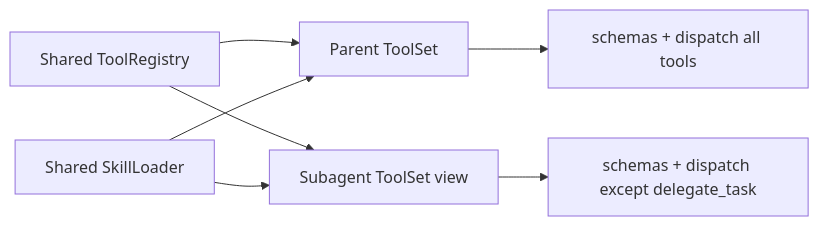
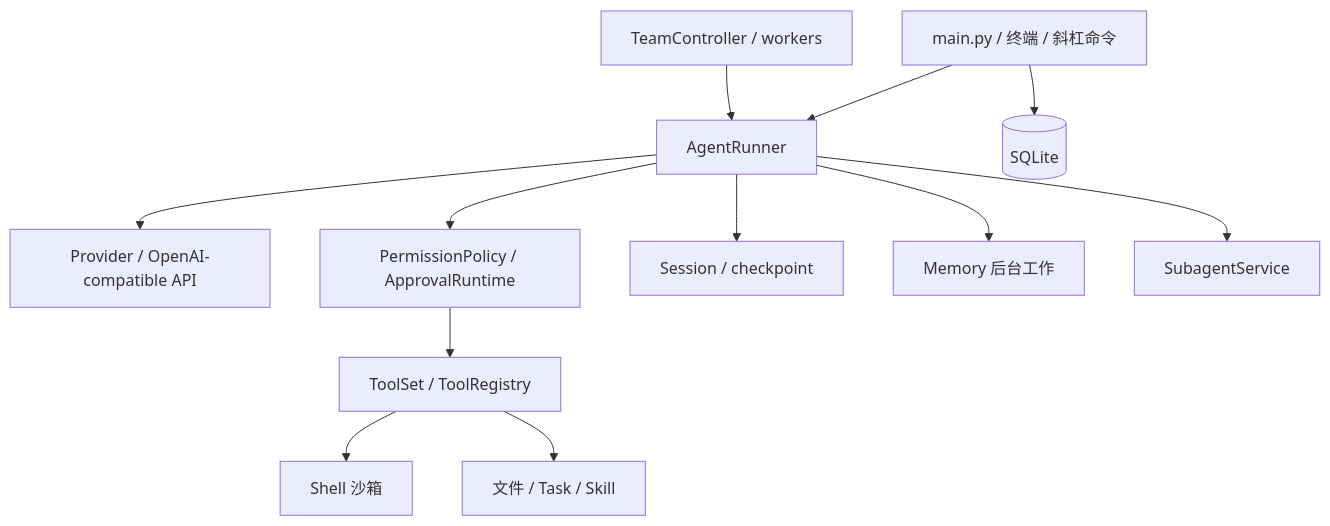
The first of 4 diagrams in docs/ARCHITECTURE.md (Alex-J4096/swe-agent), drawn with Mermaid before and after one commit. The commit also changed other lines of this file and 6 other files, not shown here.

Commit message:
docs: consolidate guides and replace stale behavior with concise diagrams

````diff
--- a/docs/ARCHITECTURE.md
+++ b/docs/ARCHITECTURE.md
@@ -384,9 +5,14 @@
 ```mermaid
-flowchart LR
-    R[Shared ToolRegistry] --> P[Parent ToolSet]
-    R --> S[Subagent ToolSet view]
-    L[Shared SkillLoader] --> P
-    L --> S
-    P --> A[schemas + dispatch all tools]
-    S --> B[schemas + dispatch except delegate_task]
+flowchart TD
+    UI[main.py / 终端 / 斜杠命令] --> R[AgentRunner]
+    UI --> DB[(SQLite)]
+    R --> P[Provider / OpenAI-compatible API]
+    R --> PERM[PermissionPolicy / ApprovalRuntime]
+    PERM --> T[ToolSet / ToolRegistry]
+    T --> SH[Shell 沙箱]
+    T --> FILE[文件 / Task / Skill]
+    R --> S[Session / checkpoint]
+    R --> M[Memory 后台工作]
+    R --> SUB[SubagentService]
+    TEAM[TeamController / workers] --> R
 ```
````
